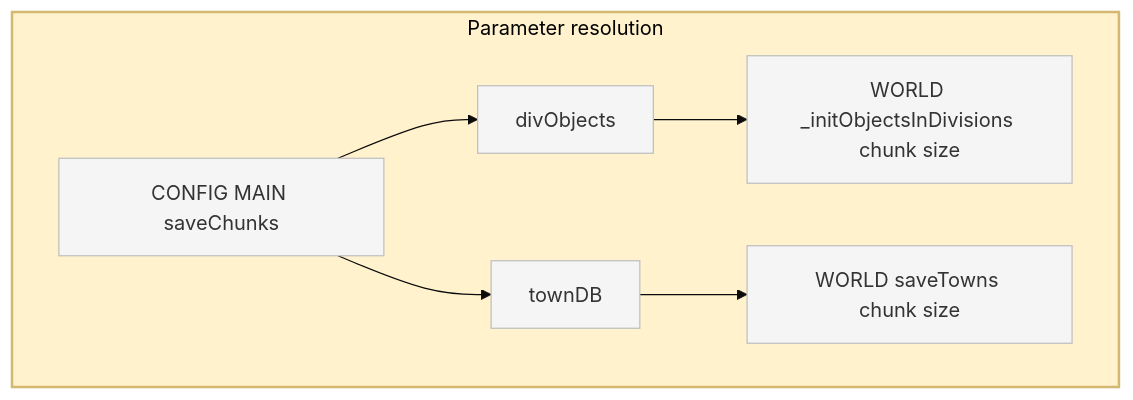
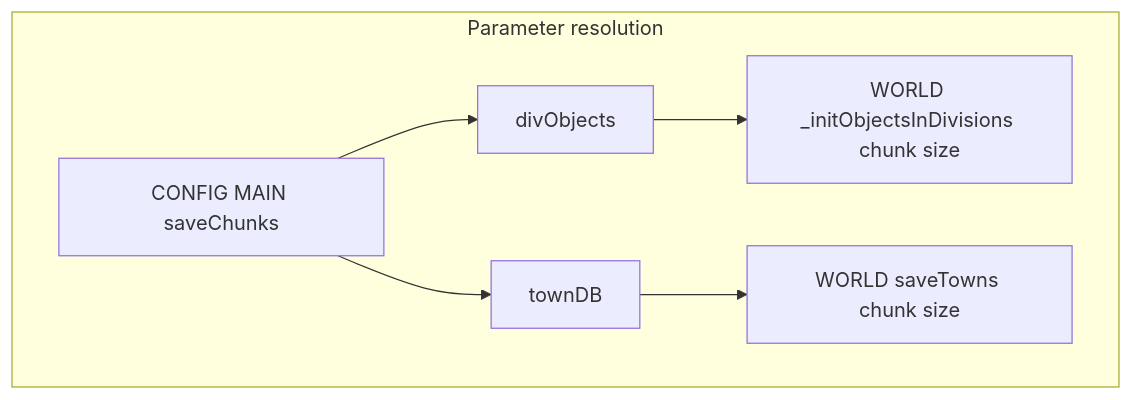
One commit to Gh0st352/AETHR changed the third of 3 diagrams in docs/config/save_chunks.md. Above: the diagram before and after it, drawn with Mermaid. The commit also changed other lines of this file and 8 other files, not shown here.

First line of the commit message:
docs(config): standardize Mermaid themes and class names

````diff
--- a/docs/config/save_chunks.md
+++ b/docs/config/save_chunks.md
@@ -81,14 +77,12 @@
 ```mermaid
-%%{init: {"theme":"base", "themeVariables":{"primaryColor":"#f5f5f5"}}}%%
+%% shared theme: docs/_mermaid/theme.json %%
 flowchart TB
-  subgraph PARAM_RES [Parameter resolution]
-    style PARAM_RES fill:#fff2cc,stroke:#d4b86f,stroke-width:2px
+  subgraph PARAM_RES["Parameter resolution"]
     CFG[CONFIG MAIN saveChunks] --> DIV[divObjects]
     CFG --> TOWN[townDB]
     DIV --> WDIV[WORLD _initObjectsInDivisions chunk size]
     TOWN --> WTOWN[WORLD saveTowns chunk size]
   end
 
-  classDef node fill:#f5f5f5,stroke:#bfbfbf
-  class CFG,DIV,TOWN,WDIV,WTOWN node
+  class CFG,DIV,TOWN,WDIV,WTOWN class_step;
 ```
````
